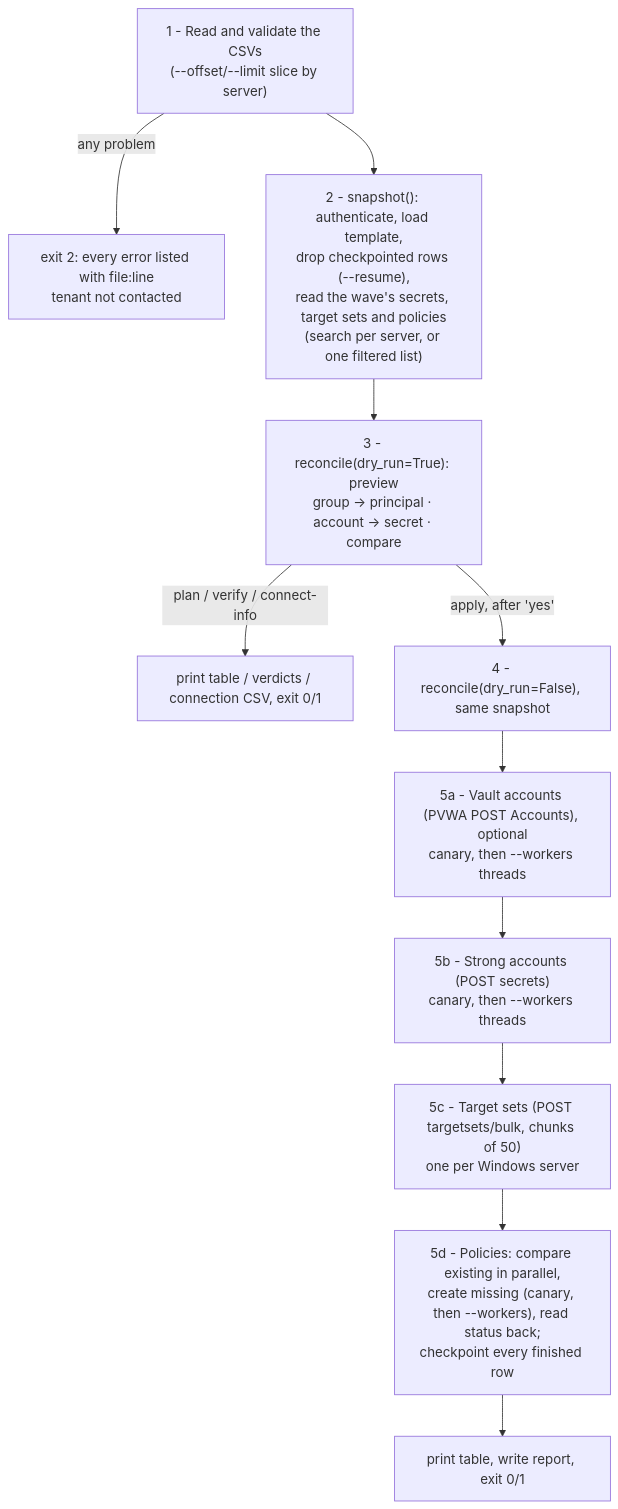
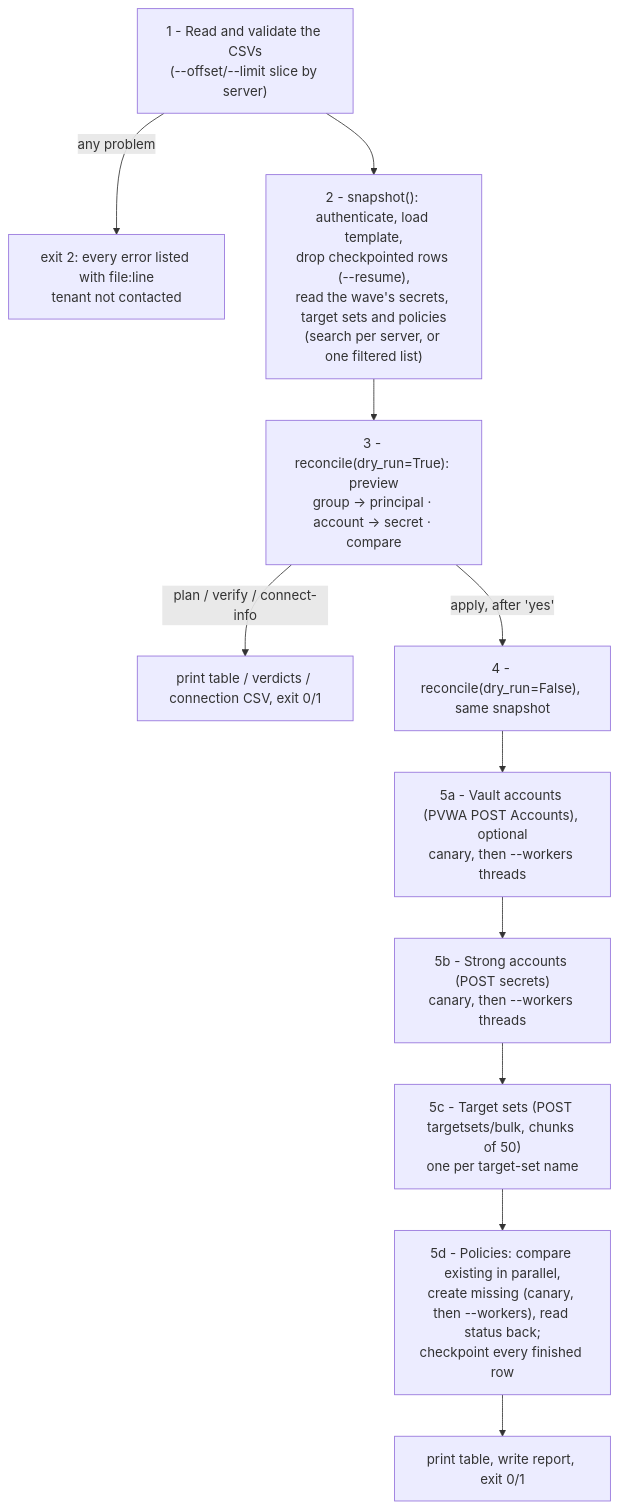
The second of 3 diagrams in docs/DEVELOPER.md (umair-wwt/sia-policy), drawn with Mermaid before and after one commit. The commit also changed other lines of this file and 19 other files, not shown here.

````diff
--- a/docs/DEVELOPER.md
+++ b/docs/DEVELOPER.md
@@ -99,13 +101,13 @@
 ```mermaid
 flowchart TD
     A["1 - Read and validate the CSVs<br/>(--offset/--limit slice by server)"] -->|any problem| X["exit 2: every error listed with file:line<br/>tenant not contacted"]
     A --> B["2 - snapshot(): authenticate, load template,<br/>drop checkpointed rows (--resume),<br/>read the wave's secrets, target sets and policies<br/>(search per server, or one filtered list)"]
     B --> C["3 - reconcile(dry_run=True): preview<br/>group -> principal · account -> secret · compare"]
     C -->|plan / verify / connect-info| R1["print table / verdicts / connection CSV, exit 0/1"]
     C -->|apply, after 'yes'| D["4 - reconcile(dry_run=False), same snapshot"]
     D --> E["5a - Vault accounts (PVWA POST Accounts), optional<br/>canary, then --workers threads"]
     E --> F["5b - Strong accounts (POST secrets)<br/>canary, then --workers threads"]
-    F --> G["5c - Target sets (POST targetsets/bulk, chunks of 50)<br/>one per Windows server"]
+    F --> G["5c - Target sets (POST targetsets/bulk, chunks of 50)<br/>one per target-set name"]
     G --> H["5d - Policies: compare existing in parallel,<br/>create missing (canary, then --workers), read status back;<br/>checkpoint every finished row"]
     H --> R2["print table, write report, exit 0/1"]
 ```
````
